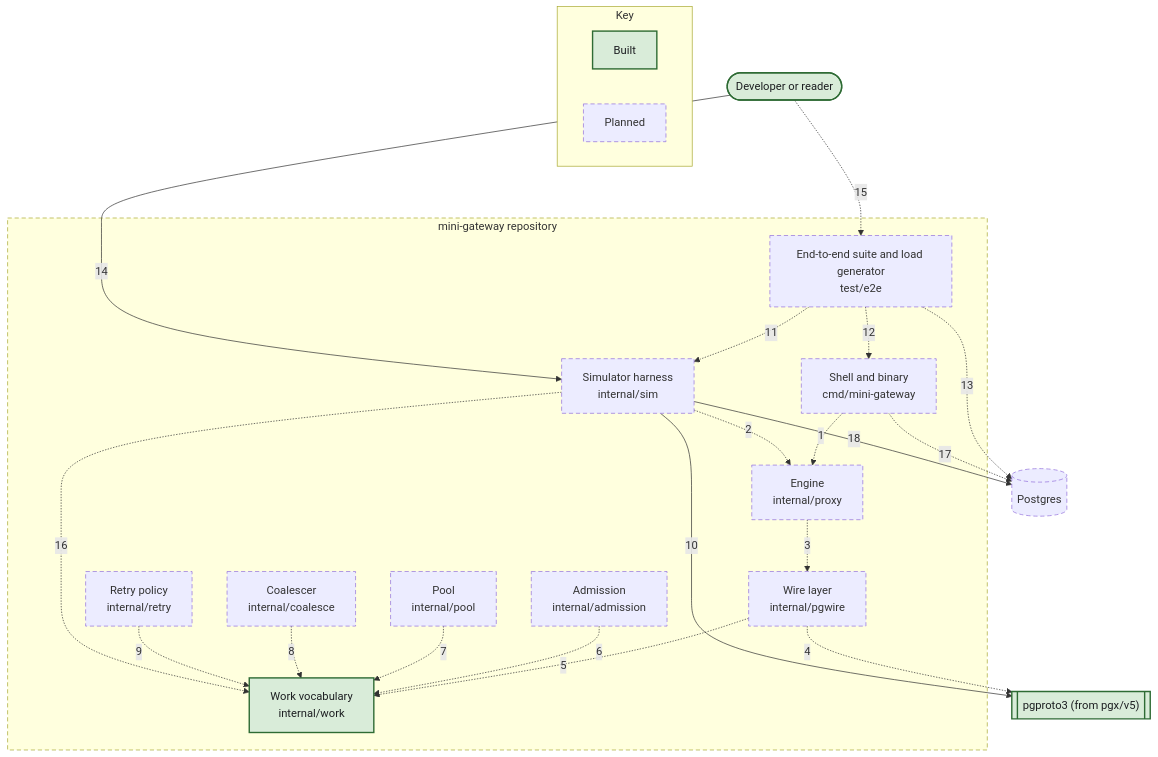
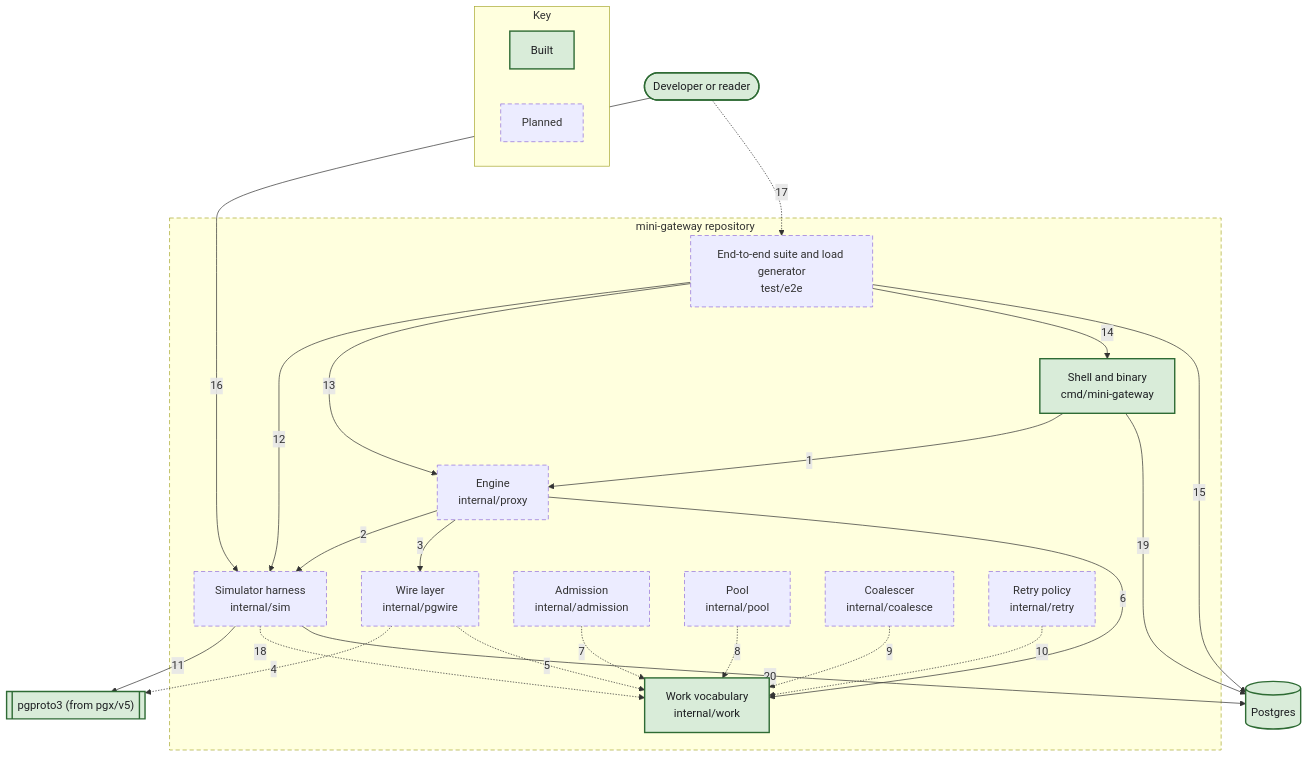
One commit to nickstrad/mini-gateway changed the diagram in docs/c4/diagrams/03-container-drivers-and-seams.mmd. Above: the diagram before and after it, drawn with Mermaid. The commit also changed 21 other files, not shown here.

Commit message:
c4: mark chunk 6 built (walking skeleton: engine, shell, config, e2e) and bring the engine, container, simulator and observability diagrams up to date

```diff
--- a/docs/c4/diagrams/03-container-drivers-and-seams.mmd
+++ b/docs/c4/diagrams/03-container-drivers-and-seams.mmd
@@ -1,41 +1,43 @@
 flowchart TB
   DEVELOPER(["Developer or reader"]):::built
   PGPROTO3[["pgproto3 (from pgx/v5)"]]:::built
-  PG[("Postgres")]:::planned
+  PG[("Postgres")]:::built
   subgraph SCOPE["mini-gateway repository"]
     C_SIM["Simulator harness<br/>internal/sim"]:::planned
     C_E2E["End-to-end suite and load generator<br/>test/e2e"]:::planned
-    C_SHELL["Shell and binary<br/>cmd/mini-gateway"]:::planned
+    C_SHELL["Shell and binary<br/>cmd/mini-gateway"]:::built
     C_ENGINE["Engine<br/>internal/proxy"]:::planned
     C_PGWIRE["Wire layer<br/>internal/pgwire"]:::planned
     C_WORK["Work vocabulary<br/>internal/work"]:::built
     C_ADM["Admission<br/>internal/admission"]:::planned
     C_POOL["Pool<br/>internal/pool"]:::planned
     C_COAL["Coalescer<br/>internal/coalesce"]:::planned
     C_RETRY["Retry policy<br/>internal/retry"]:::planned
   end
-  C_SHELL -.->|1| C_ENGINE
-  C_SIM -.->|2| C_ENGINE
-  C_ENGINE -.->|3| C_PGWIRE
+  C_SHELL -->|1| C_ENGINE
+  C_ENGINE -->|2| C_SIM
+  C_ENGINE -->|3| C_PGWIRE
   C_PGWIRE -.->|4| PGPROTO3
   C_PGWIRE -.->|5| C_WORK
-  C_ADM -.->|6| C_WORK
-  C_POOL -.->|7| C_WORK
-  C_COAL -.->|8| C_WORK
-  C_RETRY -.->|9| C_WORK
-  C_SIM -->|10| PGPROTO3
-  C_E2E -.->|11| C_SIM
-  C_E2E -.->|12| C_SHELL
-  C_E2E -.->|13| PG
-  DEVELOPER -->|14| C_SIM
-  DEVELOPER -.->|15| C_E2E
-  C_SIM -.->|16| C_WORK
-  C_SHELL -.->|17| PG
-  C_SIM -->|18| PG
+  C_ENGINE -->|6| C_WORK
+  C_ADM -.->|7| C_WORK
+  C_POOL -.->|8| C_WORK
+  C_COAL -.->|9| C_WORK
+  C_RETRY -.->|10| C_WORK
+  C_SIM -->|11| PGPROTO3
+  C_E2E -->|12| C_SIM
+  C_E2E -->|13| C_ENGINE
+  C_E2E -->|14| C_SHELL
+  C_E2E -->|15| PG
+  DEVELOPER -->|16| C_SIM
+  DEVELOPER -.->|17| C_E2E
+  C_SIM -.->|18| C_WORK
+  C_SHELL -->|19| PG
+  C_SIM -->|20| PG
   subgraph KEY["Key"]
     KEY_BUILT["Built"]:::built
     KEY_PLANNED["Planned"]:::planned
   end
   classDef built fill:#d9ecd9,stroke:#2e6b34,stroke-width:2px,color:#1c1e21
   classDef planned stroke-width:1px,stroke-dasharray:6 4
   style SCOPE stroke-dasharray:6 4
```
